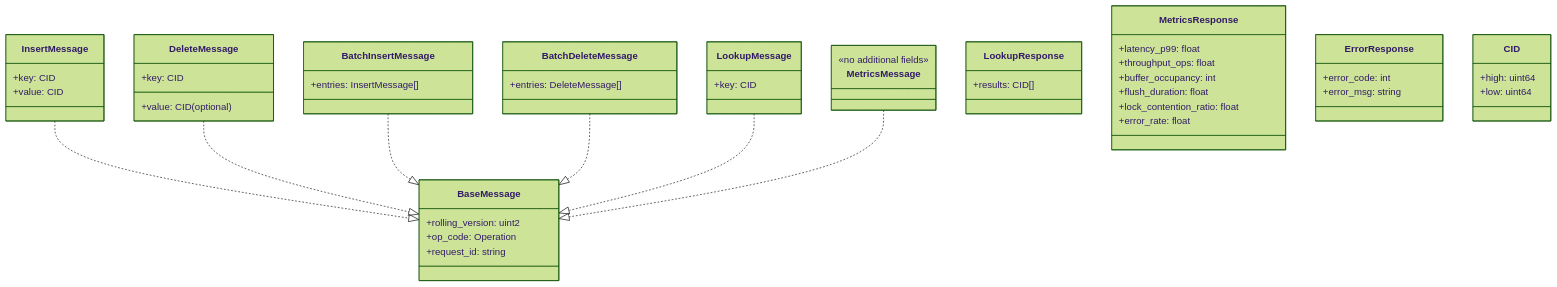
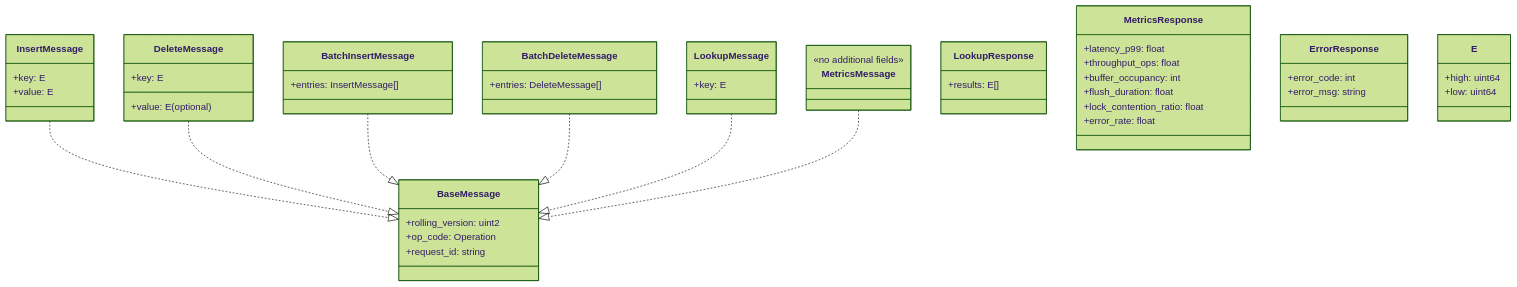
Before and after one commit to amogorkon/cidstore: the second of 2 diagrams in docs/spec 2 - Data Types and Structure.md, drawn with Mermaid (forest theme). The commit also changed other lines of this file, not shown here.

Commit message:
refactor: Update data structure definitions to use generic type 'E' instead of 'CID'

````diff
--- a/docs/spec 2 - Data Types and Structure.md
+++ b/docs/spec 2 - Data Types and Structure.md
@@ -111,53 +103,53 @@
 ```mermaid
 classDiagram
     class BaseMessage {
         +rolling_version: uint2
         +op_code: Operation
         +request_id: string
     }
     class InsertMessage {
-        +key: CID
-        +value: CID
+        +key: E
+        +value: E
     }
     class DeleteMessage {
-        +key: CID
-        +value: CID (optional)
+        +key: E
+        +value: E (optional)
     }
     class BatchInsertMessage {
         +entries: InsertMessage[]
     }
     class BatchDeleteMessage {
         +entries: DeleteMessage[]
     }
     class LookupMessage {
-        +key: CID
+        +key: E
     }
     class MetricsMessage {
         <<no additional fields>>
     }
     class LookupResponse {
-        +results: CID[]
+        +results: E[]
     }
     class MetricsResponse {
         +latency_p99: float
         +throughput_ops: float
         +buffer_occupancy: int
         +flush_duration: float
         +lock_contention_ratio: float
         +error_rate: float
     }
     class ErrorResponse {
         +error_code: int
         +error_msg: string
     }
-    class CID {
+    class E {
         +high: uint64
         +low: uint64
     }
     InsertMessage ..|> BaseMessage
     DeleteMessage ..|> BaseMessage
     BatchInsertMessage ..|> BaseMessage
     BatchDeleteMessage ..|> BaseMessage
     LookupMessage ..|> BaseMessage
     MetricsMessage ..|> BaseMessage
 ```
````
